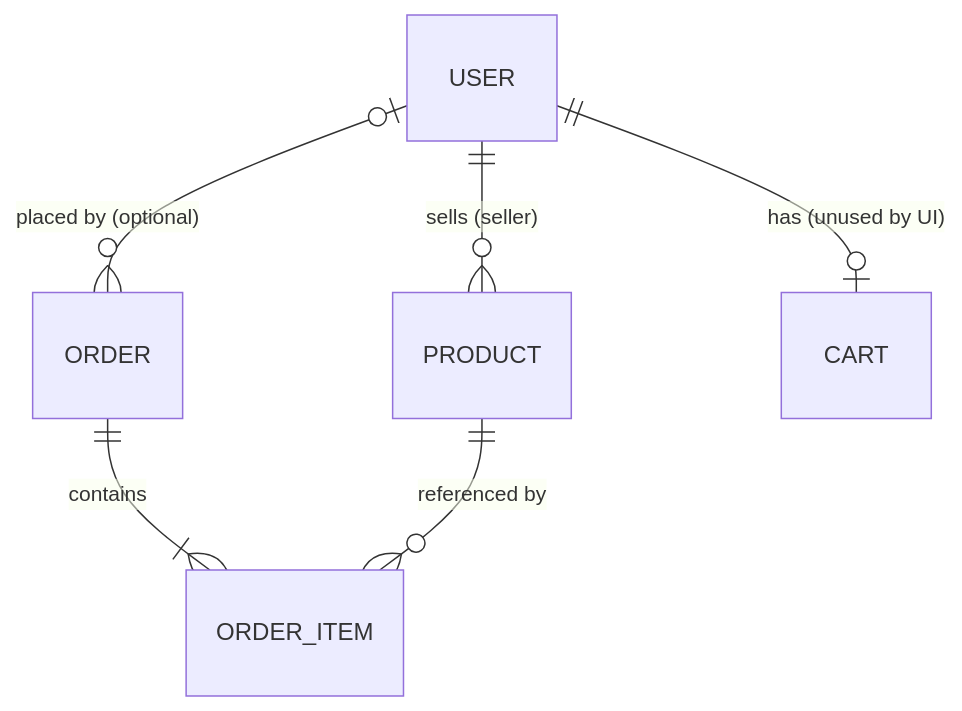
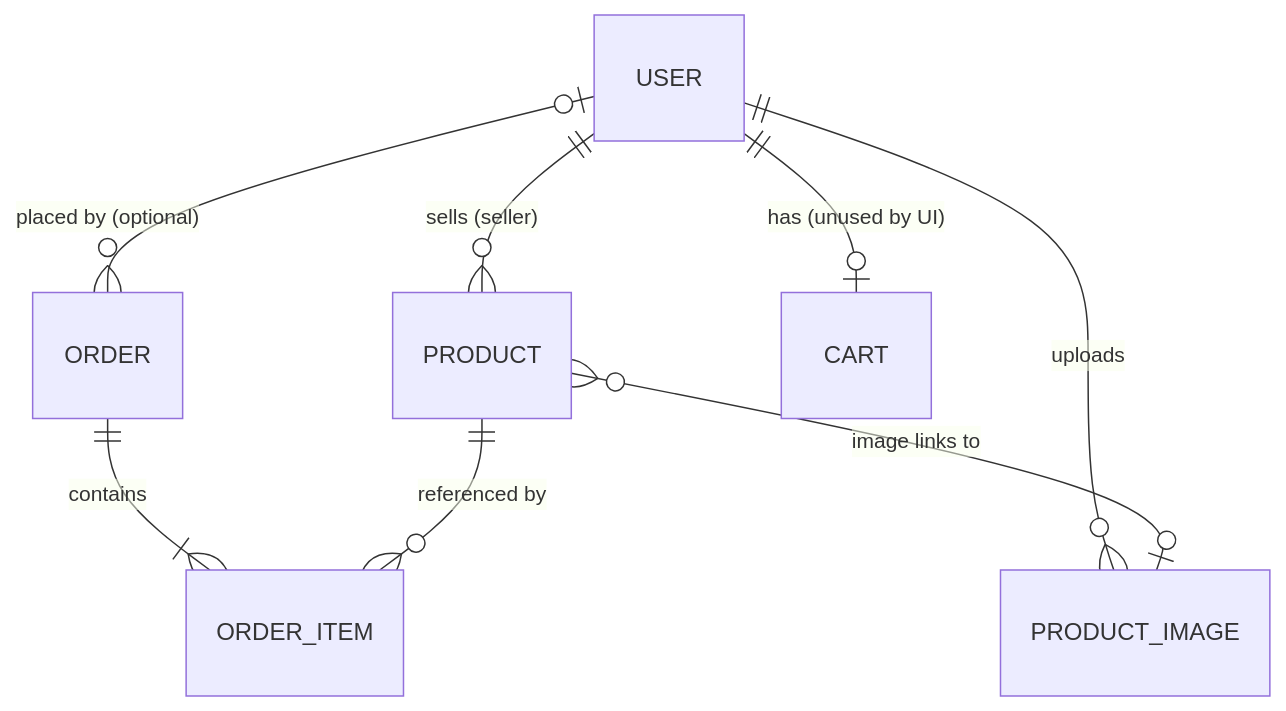
The second of 3 diagrams in docs/PROJECT_OVERVIEW.md (haneenimam/Craftoraa), drawn with Mermaid before and after one commit. The commit also changed other lines of this file and 23 other files, not shown here.

Commit message:
Add secure image uploads, fix Buy Now 404, patch vulnerable deps

````diff
--- a/docs/PROJECT_OVERVIEW.md
+++ b/docs/PROJECT_OVERVIEW.md
@@ -192,8 +207,10 @@
 ```mermaid
 erDiagram
     USER ||--o{ PRODUCT : "sells (seller)"
     USER |o--o{ ORDER : "placed by (optional)"
     ORDER ||--|{ ORDER_ITEM : contains
     PRODUCT ||--o{ ORDER_ITEM : "referenced by"
     USER ||--o| CART : "has (unused by UI)"
+    USER ||--o{ PRODUCT_IMAGE : "uploads"
+    PRODUCT }o--o| PRODUCT_IMAGE : "image links to"
 ```
````
